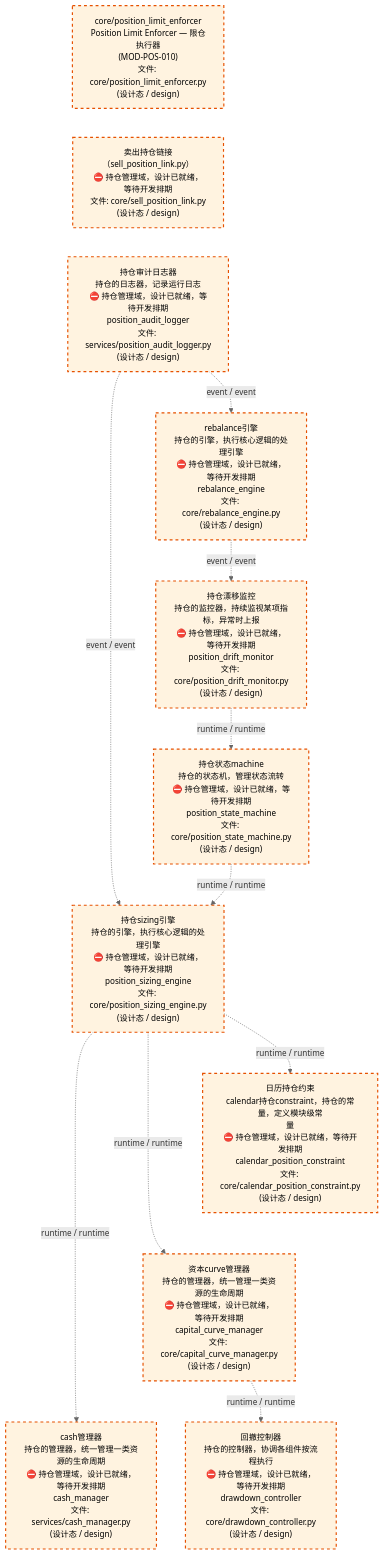
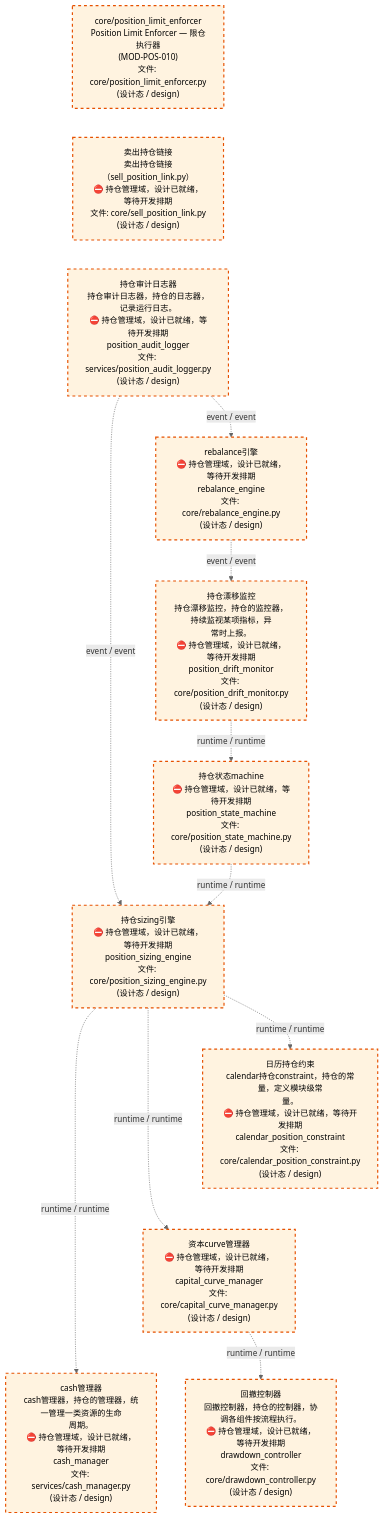
The third of 4 diagrams in docs/02_enterprise_architecture/02_domain_architecture_docs/64_d_position.md (xuanFelixVan/ZephyrAlpha), drawn with Mermaid before and after one commit. The commit also changed other lines of this file and 61 other files, not shown here.

````diff
--- a/docs/02_enterprise_architecture/02_domain_architecture_docs/64_d_position.md
+++ b/docs/02_enterprise_architecture/02_domain_architecture_docs/64_d_position.md
@@ -125,33 +125,33 @@
 ```mermaid
 %%{init: {'theme': 'base', 'themeVariables': {'primaryColor': '#eaeaea', 'primaryTextColor': '#333333', 'primaryBorderColor': '#666666', 'lineColor': '#666666', 'secondaryColor': '#eaeaea', 'tertiaryColor': '#eaeaea', 'fontSize': '14px'}}}%%
 flowchart TD
     src_zephyr_position_core_position_limit_enforcer_py["core/position_limit_enforcer<br/>Position Limit Enforcer — 限仓执行器<br/>(MOD-POS-010)<br/>文件: core/position_limit_enforcer.py<br/>(设计态 / design)"]
-    src_zephyr_position_core_sell_position_link_py["卖出持仓链接<br/>（sell_position_link.py）<br/>⛔ 持仓管理域，设计已就绪，等待开发排期<br/>文件: core/sell_position_link.py<br/>(设计态 / design)"]
-    src_zephyr_position_services_position_audit_logger_py["持仓审计日志器<br/>持仓的日志器，记录运行日志<br/>⛔ 持仓管理域，设计已就绪，等待开发排期<br/>position_audit_logger<br/>文件: services/position_audit_logger.py<br/>(设计态 / design)"]
+    src_zephyr_position_core_sell_position_link_py["卖出持仓链接<br/>卖出持仓链接（sell_position_link.py）<br/>⛔ 持仓管理域，设计已就绪，等待开发排期<br/>文件: core/sell_position_link.py<br/>(设计态 / design)"]
+    src_zephyr_position_services_position_audit_logger_py["持仓审计日志器<br/>持仓审计日志器，持仓的日志器，记录运行日志。<br/>⛔ 持仓管理域，设计已就绪，等待开发排期<br/>position_audit_logger<br/>文件: services/position_audit_logger.py<br/>(设计态 / design)"]
     src_zephyr_position_core_position_limit_enforcer_py ~~~ src_zephyr_position_core_sell_position_link_py
     src_zephyr_position_core_sell_position_link_py ~~~ src_zephyr_position_services_position_audit_logger_py
-    src_zephyr_position_core_rebalance_engine_py["rebalance引擎<br/>持仓的引擎，执行核心逻辑的处理引擎<br/>⛔ 持仓管理域，设计已就绪，等待开发排期<br/>rebalance_engine<br/>文件: core/rebalance_engine.py<br/>(设计态 / design)"]
-    src_zephyr_position_core_position_drift_monitor_py["持仓漂移监控<br/>持仓的监控器，持续监视某项指标，异常时上报<br/>⛔ 持仓管理域，设计已就绪，等待开发排期<br/>position_drift_monitor<br/>文件: core/position_drift_monitor.py<br/>(设计态 / design)"]
-    src_zephyr_position_core_position_state_machine_py["持仓状态machine<br/>持仓的状态机，管理状态流转<br/>⛔ 持仓管理域，设计已就绪，等待开发排期<br/>position_state_machine<br/>文件: core/position_state_machine.py<br/>(设计态 / design)"]
-    src_zephyr_position_core_position_sizing_engine_py["持仓sizing引擎<br/>持仓的引擎，执行核心逻辑的处理引擎<br/>⛔ 持仓管理域，设计已就绪，等待开发排期<br/>position_sizing_engine<br/>文件: core/position_sizing_engine.py<br/>(设计态 / design)"]
-    src_zephyr_position_core_calendar_position_constraint_py["日历持仓约束<br/>calendar持仓constraint，持仓的常量，定义模块级常<br/>量<br/>⛔ 持仓管理域，设计已就绪，等待开发排期<br/>calendar_position_constraint<br/>文件: core/calendar_position_constraint.py<br/>(设计态 / design)"]
-    src_zephyr_position_core_capital_curve_manager_py["资本curve管理器<br/>持仓的管理器，统一管理一类资源的生命周期<br/>⛔ 持仓管理域，设计已就绪，等待开发排期<br/>capital_curve_manager<br/>文件: core/capital_curve_manager.py<br/>(设计态 / design)"]
-    src_zephyr_position_services_cash_manager_py["cash管理器<br/>持仓的管理器，统一管理一类资源的生命周期<br/>⛔ 持仓管理域，设计已就绪，等待开发排期<br/>cash_manager<br/>文件: services/cash_manager.py<br/>(设计态 / design)"]
+    src_zephyr_position_core_rebalance_engine_py["rebalance引擎<br/>⛔ 持仓管理域，设计已就绪，等待开发排期<br/>rebalance_engine<br/>文件: core/rebalance_engine.py<br/>(设计态 / design)"]
+    src_zephyr_position_core_position_drift_monitor_py["持仓漂移监控<br/>持仓漂移监控，持仓的监控器，持续监视某项指标，异<br/>常时上报。<br/>⛔ 持仓管理域，设计已就绪，等待开发排期<br/>position_drift_monitor<br/>文件: core/position_drift_monitor.py<br/>(设计态 / design)"]
+    src_zephyr_position_core_position_state_machine_py["持仓状态machine<br/>⛔ 持仓管理域，设计已就绪，等待开发排期<br/>position_state_machine<br/>文件: core/position_state_machine.py<br/>(设计态 / design)"]
+    src_zephyr_position_core_position_sizing_engine_py["持仓sizing引擎<br/>⛔ 持仓管理域，设计已就绪，等待开发排期<br/>position_sizing_engine<br/>文件: core/position_sizing_engine.py<br/>(设计态 / design)"]
+    src_zephyr_position_core_calendar_position_constraint_py["日历持仓约束<br/>calendar持仓constraint，持仓的常量，定义模块级常<br/>量。<br/>⛔ 持仓管理域，设计已就绪，等待开发排期<br/>calendar_position_constraint<br/>文件: core/calendar_position_constraint.py<br/>(设计态 / design)"]
+    src_zephyr_position_core_capital_curve_manager_py["资本curve管理器<br/>⛔ 持仓管理域，设计已就绪，等待开发排期<br/>capital_curve_manager<br/>文件: core/capital_curve_manager.py<br/>(设计态 / design)"]
+    src_zephyr_position_services_cash_manager_py["cash管理器<br/>cash管理器，持仓的管理器，统一管理一类资源的生命<br/>周期。<br/>⛔ 持仓管理域，设计已就绪，等待开发排期<br/>cash_manager<br/>文件: services/cash_manager.py<br/>(设计态 / design)"]
     src_zephyr_position_core_calendar_position_constraint_py ~~~ src_zephyr_position_core_capital_curve_manager_py
     src_zephyr_position_core_capital_curve_manager_py ~~~ src_zephyr_position_services_cash_manager_py
-    src_zephyr_position_core_drawdown_controller_py["回撤控制器<br/>持仓的控制器，协调各组件按流程执行<br/>⛔ 持仓管理域，设计已就绪，等待开发排期<br/>drawdown_controller<br/>文件: core/drawdown_controller.py<br/>(设计态 / design)"]
+    src_zephyr_position_core_drawdown_controller_py["回撤控制器<br/>回撤控制器，持仓的控制器，协调各组件按流程执行。<br/>⛔ 持仓管理域，设计已就绪，等待开发排期<br/>drawdown_controller<br/>文件: core/drawdown_controller.py<br/>(设计态 / design)"]
     src_zephyr_position_core_position_sizing_engine_py -.->|runtime / runtime| src_zephyr_position_services_cash_manager_py
     src_zephyr_position_core_position_sizing_engine_py -.->|runtime / runtime| src_zephyr_position_core_capital_curve_manager_py
     src_zephyr_position_core_position_sizing_engine_py -.->|runtime / runtime| src_zephyr_position_core_calendar_position_constraint_py
     src_zephyr_position_core_position_state_machine_py -.->|runtime / runtime| src_zephyr_position_core_position_sizing_engine_py
     src_zephyr_position_core_position_drift_monitor_py -.->|runtime / runtime| src_zephyr_position_core_position_state_machine_py
     src_zephyr_position_core_rebalance_engine_py -.->|event / event| src_zephyr_position_core_position_drift_monitor_py
     src_zephyr_position_core_capital_curve_manager_py -.->|runtime / runtime| src_zephyr_position_core_drawdown_controller_py
     src_zephyr_position_services_position_audit_logger_py -.->|event / event| src_zephyr_position_core_position_sizing_engine_py
     src_zephyr_position_services_position_audit_logger_py -.->|event / event| src_zephyr_position_core_rebalance_engine_py
     classDef production fill:#e1f5fe,stroke:#01579b,stroke-width:2px,color:#000
     classDef design fill:#fff3e0,stroke:#e65100,stroke-width:2px,color:#000,stroke-dasharray: 5 5
     classDef external_prod fill:#e8f4fd,stroke:#0277bd,stroke-width:1px,color:#000
     classDef external_design fill:#fff8e7,stroke:#ef6c00,stroke-width:1px,color:#000,stroke-dasharray: 5 5
     class src_zephyr_position_core_calendar_position_constraint_py,src_zephyr_position_core_capital_curve_manager_py,src_zephyr_position_core_drawdown_controller_py,src_zephyr_position_core_position_drift_monitor_py,src_zephyr_position_core_position_limit_enforcer_py,src_zephyr_position_core_position_sizing_engine_py,src_zephyr_position_core_position_state_machine_py,src_zephyr_position_core_rebalance_engine_py,src_zephyr_position_core_sell_position_link_py,src_zephyr_position_services_cash_manager_py,src_zephyr_position_services_position_audit_logger_py design
 ```
````
